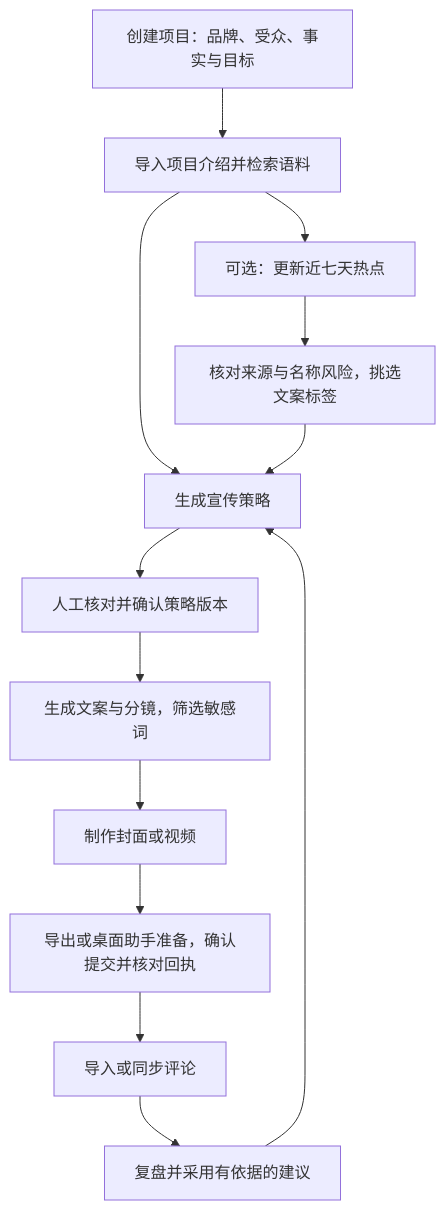
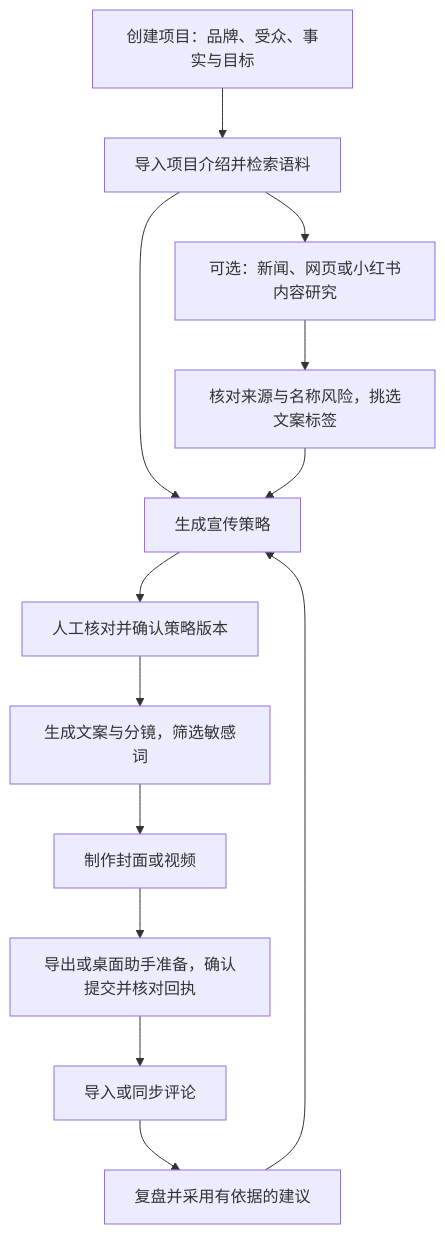
One commit to JerryCoal/shengzhang-studio changed the diagram in README.md. Above: the diagram before and after it, drawn with Mermaid. The commit also changed other lines of this file and 211 other files, not shown here.

````diff
--- a/README.md
+++ b/README.md
@@ -57,15 +64,15 @@
 ```mermaid
 flowchart TD
     A[创建项目：品牌、受众、事实与目标] --> B[导入项目介绍并检索语料]
-    B --> C[可选：更新近七天热点]
+    B --> C[可选：新闻、网页或小红书内容研究]
     C --> D[核对来源与名称风险，挑选文案标签]
     B --> E[生成宣传策略]
     D --> E
     E --> F[人工核对并确认策略版本]
     F --> G[生成文案与分镜，筛选敏感词]
     G --> H[制作封面或视频]
     H --> I[导出或桌面助手准备，确认提交并核对回执]
     I --> J[导入或同步评论]
     J --> K[复盘并采用有依据的建议]
     K --> E
 ```
````
